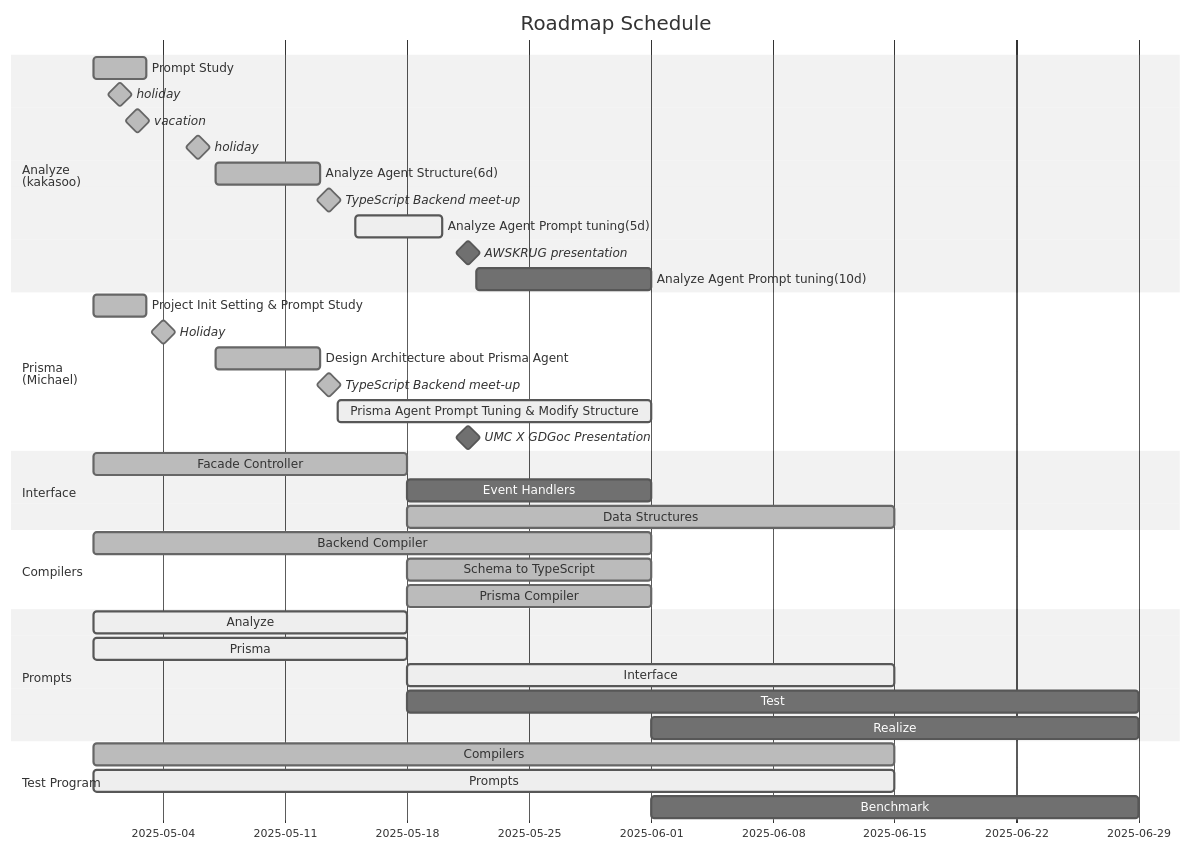
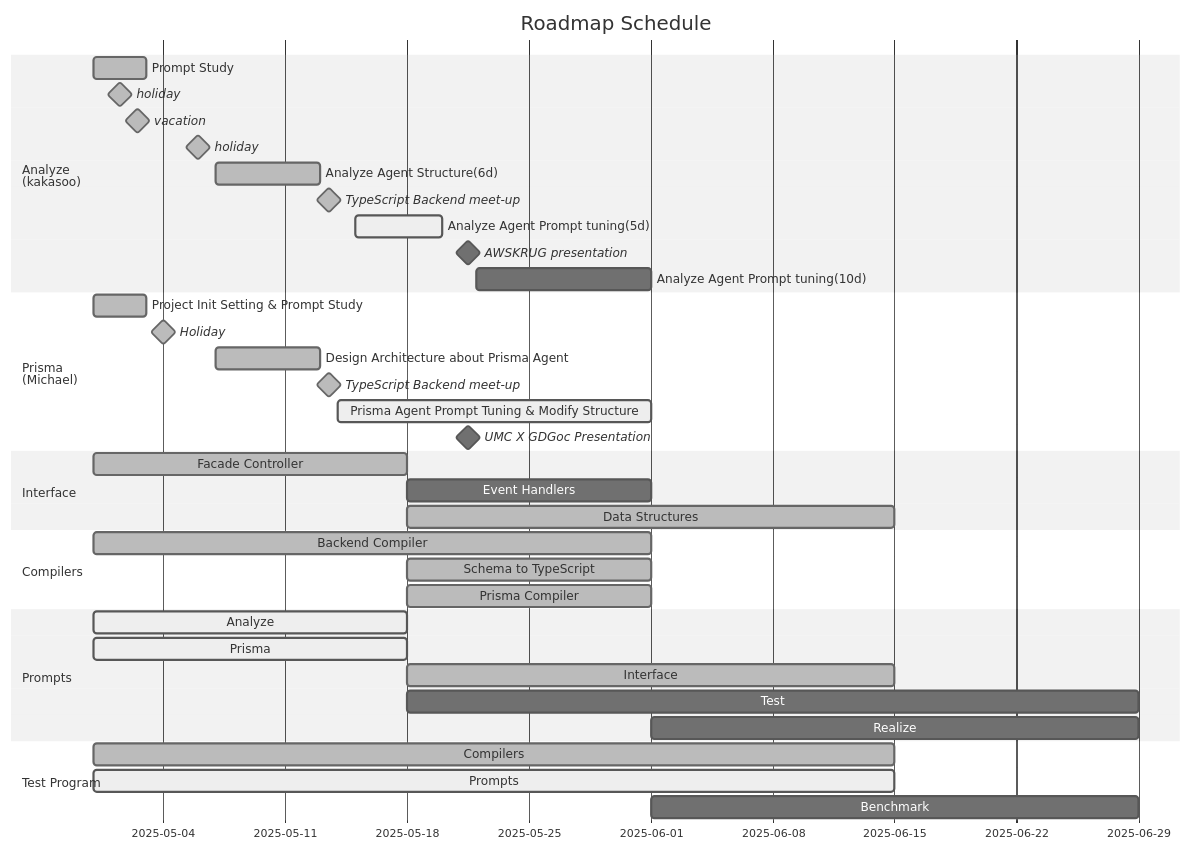
One commit to RavenView-ai/autobe changed the third of 3 diagrams in README.md. Above: the diagram before and after it, drawn with Mermaid (neutral theme). The commit also changed 19 other files, not shown here.

````diff
--- a/README.md
+++ b/README.md
@@ -405,47 +405,47 @@
 ```mermaid
 gantt
   dateFormat YYYY-MM-DD
   title Roadmap Schedule
 
   section Analyze<br>(kakasoo)
   Prompt Study: done, 2025-04-30, 3d
   holiday: milestone, done, 2025-05-01, 1d
   vacation: milestone, done, 2025-05-02, 1d
   holiday: milestone, done, 2025-05-05, 2d
   Analyze Agent Structure(6d): done, 2025-05-07, 6d
   TypeScript Backend meet-up: milestone, done, 2025-05-13, 1d
   Analyze Agent Prompt tuning(5d): active, 2025-05-15, 5d
   AWSKRUG presentation: milestone, 2025-05-21, 1d
   Analyze Agent Prompt tuning(10d):, 2025-05-22, 10d
 
   section Prisma<br>(Michael)
   Project Init Setting & Prompt Study: done, 2025-04-30, 3d
   Holiday: milestone, done, 2025-05-01, 6d
   Design Architecture about Prisma Agent: done, 2025-05-07, 6d
   TypeScript Backend meet-up: milestone, done, 2025-05-13, 1d
   Prisma Agent Prompt Tuning & Modify Structure: active, 2025-05-14, 18d
   UMC X GDGoc Presentation: milestone, 2025-05-21, 1d
 
   
   section Interface
   Facade Controller: done, 2025-04-30, 18d
   Event Handlers:          2025-05-18, 14d
   Data Structures:   done, 2025-05-18, 28d
 
   section Compilers
   Backend Compiler:     done, 2025-04-30, 32d
   Schema to TypeScript: done, 2025-05-18, 14d
   Prisma Compiler:      done, 2025-05-18, 14d
 
   section Prompts
   Analyze  : active, 2025-04-30, 18d
   Prisma   : active, 2025-04-30, 18d
-  Interface: active, 2025-05-18, 28d
+  Interface: done, 2025-05-18, 28d
   Test     : 2025-05-18, 42d
   Realize  : 2025-06-01, 28d
 
   section Test Program
   Compilers: done, 2025-04-30, 46d
   Prompts:   active, 2025-04-30, 46d
   Benchmark: 2025-06-01, 28d
 ```
````
